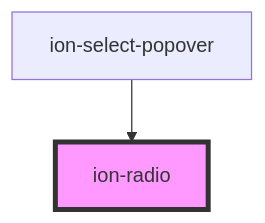
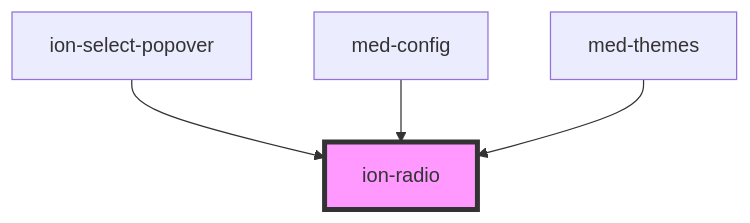
One commit to ionic-team/ionic-framework changed the diagram in core/src/components/radio/readme.md. Above: the diagram before and after it, drawn with Mermaid. The commit also changed other lines of this file and 450 other files, not shown here.

````diff
--- a/core/src/components/radio/readme.md
+++ b/core/src/components/radio/readme.md
@@ -218,5 +232,7 @@
 ```mermaid
 graph TD;
   ion-select-popover --> ion-radio
+  med-config --> ion-radio
+  med-themes --> ion-radio
   style ion-radio fill:#f9f,stroke:#333,stroke-width:4px
 ```
````
